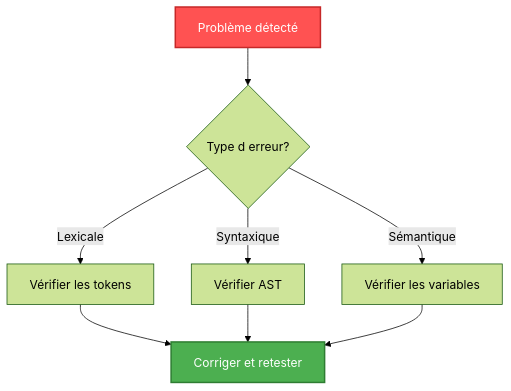
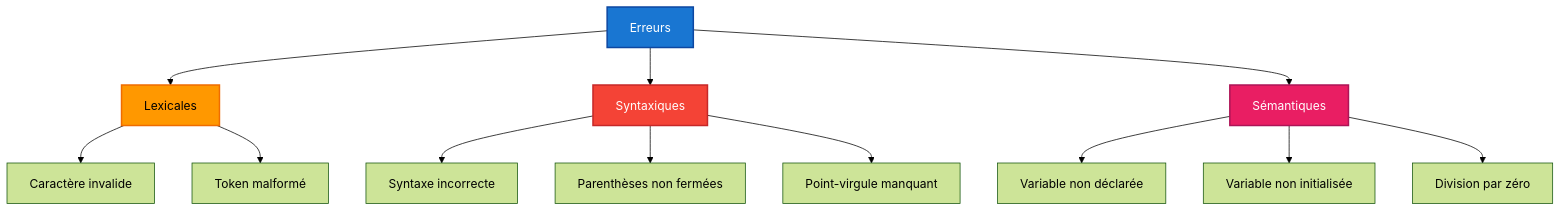
Before and after one commit to Yahia995/galant-compiler: diagram 11 of 13 in ARCHITECTURE.md, drawn with Mermaid (forest theme). The commit also changed other lines of this file, not shown here.

````diff
--- a/ARCHITECTURE.md
+++ b/ARCHITECTURE.md
@@ -1392,13 +886,22 @@
 ```mermaid
 graph TD
-    A[Problème détecté] --> B{Type d erreur?}
-    B -->|Lexicale| C[Vérifier les tokens]
-    B -->|Syntaxique| D[Vérifier AST]
-    B -->|Sémantique| E[Vérifier les variables]
-    C --> F[Corriger et retester]
-    D --> F
-    E --> F
+    A[Erreurs] --> B[Lexicales]
+    A --> C[Syntaxiques]
+    A --> D[Sémantiques]
     
-    style A fill:#ff5252,stroke:#c62828,stroke-width:2px,color:#ffffff
-    style F fill:#4caf50,stroke:#2e7d32,stroke-width:2px,color:#ffffff
+    B --> B1[Caractère invalide]
+    B --> B2[Token malformé]
+    
+    C --> C1[Syntaxe incorrecte]
+    C --> C2[Parenthèses non fermées]
+    C --> C3[Point-virgule manquant]
+    
+    D --> D1[Variable non déclarée]
+    D --> D2[Variable non initialisée]
+    D --> D3[Division par zéro]
+    
+    style A fill:#1976d2,stroke:#0d47a1,stroke-width:2px,color:#fff
+    style B fill:#ff9800,stroke:#ef6c00,stroke-width:2px
+    style C fill:#f44336,stroke:#c62828,stroke-width:2px,color:#fff
+    style D fill:#e91e63,stroke:#ad1457,stroke-width:2px,color:#fff
 ```
````
